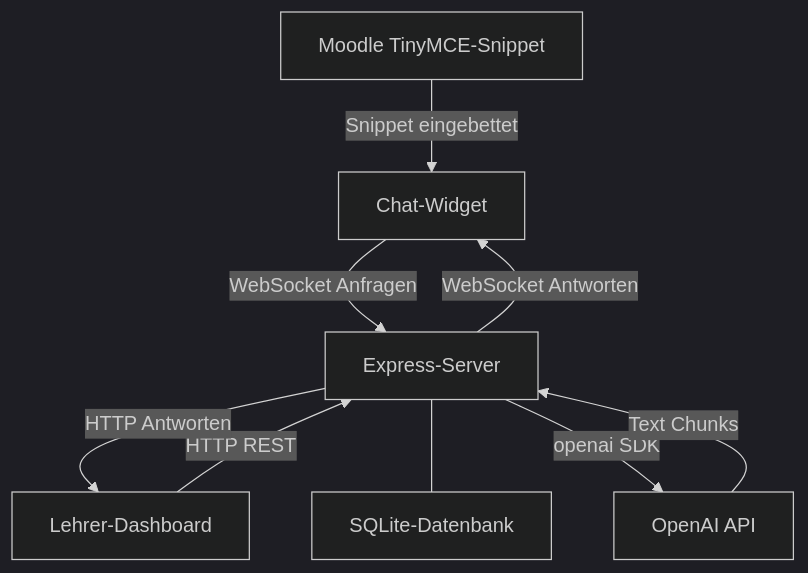
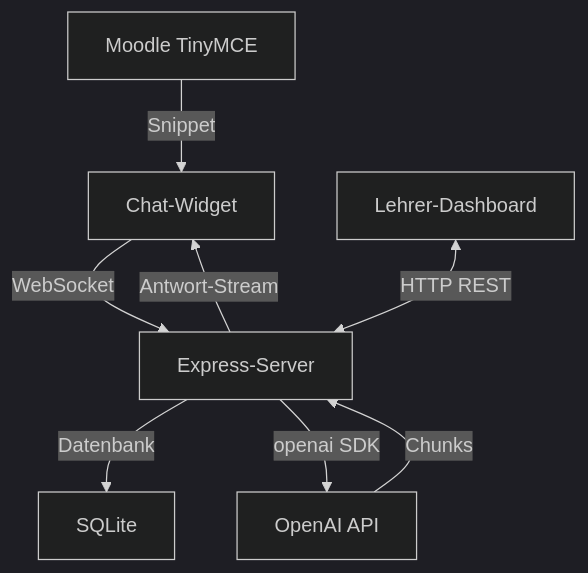
Before and after one commit to matthiasgruenwald/moo-gpt: the first of 2 diagrams in docs/architecture.md, drawn with Mermaid (dark theme). The commit also changed 3 other files, not shown here.

Commit message:
fix: P9 Mermaid-Label-Overlap behoben, Debug-Logs entfernt, P9 abgehakt

````diff
--- a/docs/architecture.md
+++ b/docs/architecture.md
@@ -5,18 +5,17 @@
 ```mermaid
-graph TD
-    Moodle[Moodle TinyMCE-Snippet]
-    Widget[Chat-Widget]
-    Dashboard[Lehrer-Dashboard]
-    Server[Express-Server]
-    DB[SQLite-Datenbank]
-    OpenAI[OpenAI API]
+flowchart TD
+    Moodle["Moodle TinyMCE"]
+    Widget["Chat-Widget"]
+    Dashboard["Lehrer-Dashboard"]
+    Server["Express-Server"]
+    DB["SQLite"]
+    OpenAI["OpenAI API"]
 
-    Moodle -->|Snippet eingebettet| Widget
-    Widget -->|WebSocket Anfragen| Server
-    Server -->|WebSocket Antworten| Widget
-    Dashboard -->|HTTP REST| Server
-    Server -->|HTTP Antworten| Dashboard
-    Server --- DB
+    Moodle -->|Snippet| Widget
+    Widget -->|WebSocket| Server
+    Server -->|Antwort-Stream| Widget
+    Dashboard <-->|HTTP REST| Server
+    Server -->|Datenbank| DB
     Server -->|openai SDK| OpenAI
-    OpenAI -->|Text Chunks| Server
+    OpenAI -->|Chunks| Server
 ```
````
